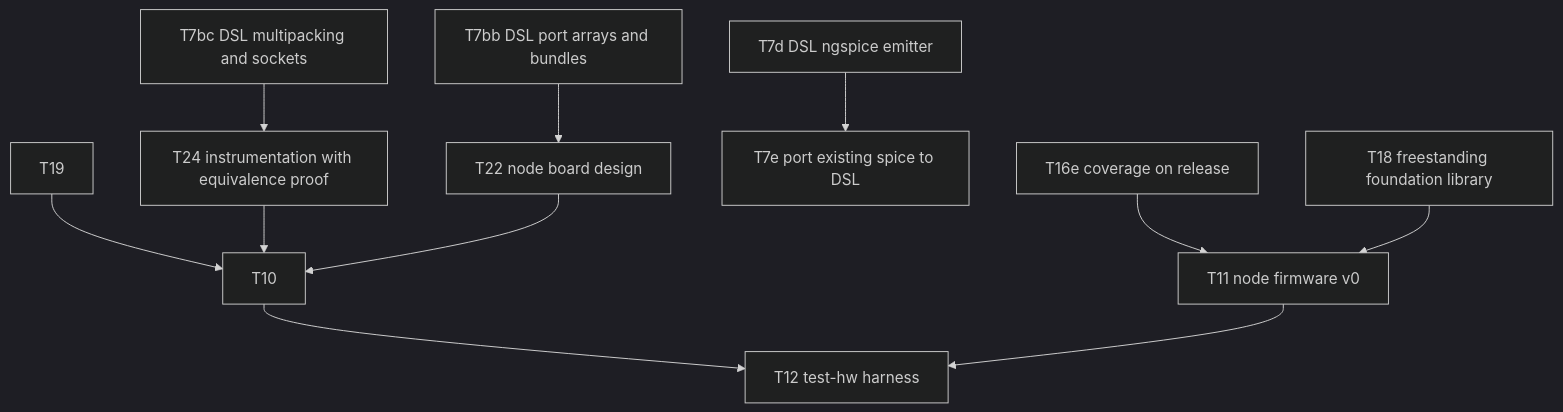
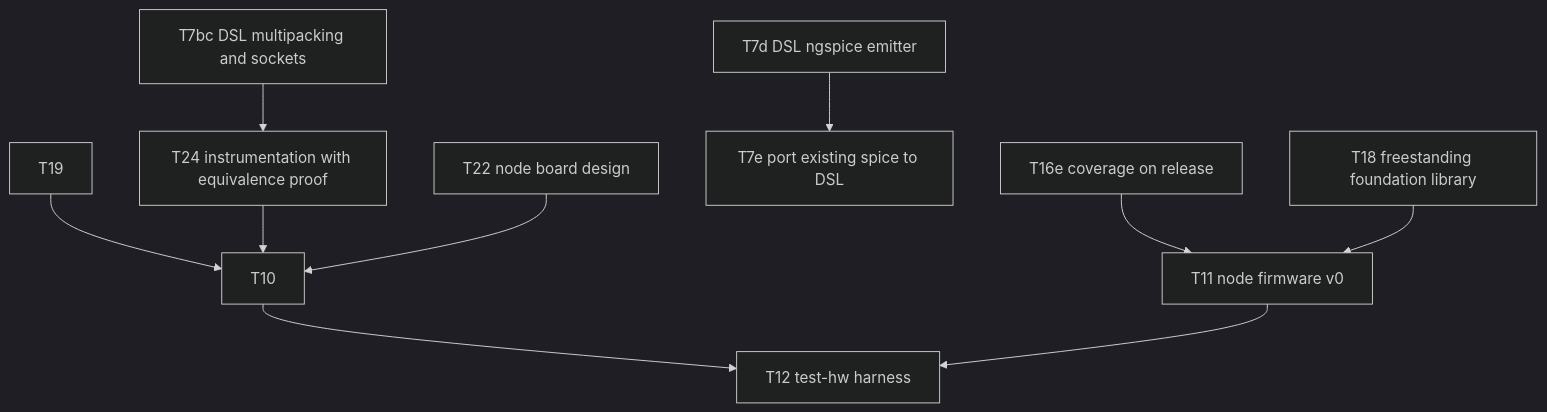
One commit to kristofferkoch/oparroy changed the diagram in KANBAN.md. Above: the diagram before and after it, drawn with Mermaid (dark theme). The commit also changed other lines of this file and 11 other files, not shown here.

First line of the commit message:
T7bb: DSL port arrays and bundles — §3 connector block

````diff
--- a/KANBAN.md
+++ b/KANBAN.md
@@ -34,13 +34,12 @@
 ```mermaid
 graph TD
     T19 --> T10
-    T7bb[T7bb DSL port arrays and bundles] --> T22[T22 node board design]
     T7bc[T7bc DSL multipacking and sockets] --> T24[T24 instrumentation with equivalence proof]
     T24 --> T10
-    T22 --> T10
+    T22[T22 node board design] --> T10
     T7d[T7d DSL ngspice emitter] --> T7e[T7e port existing spice to DSL]
     T10 --> T12[T12 test-hw harness]
     T11 --> T12
     T16e[T16e coverage on release] --> T11[T11 node firmware v0]
     T18[T18 freestanding foundation library] --> T11
 ```
````
